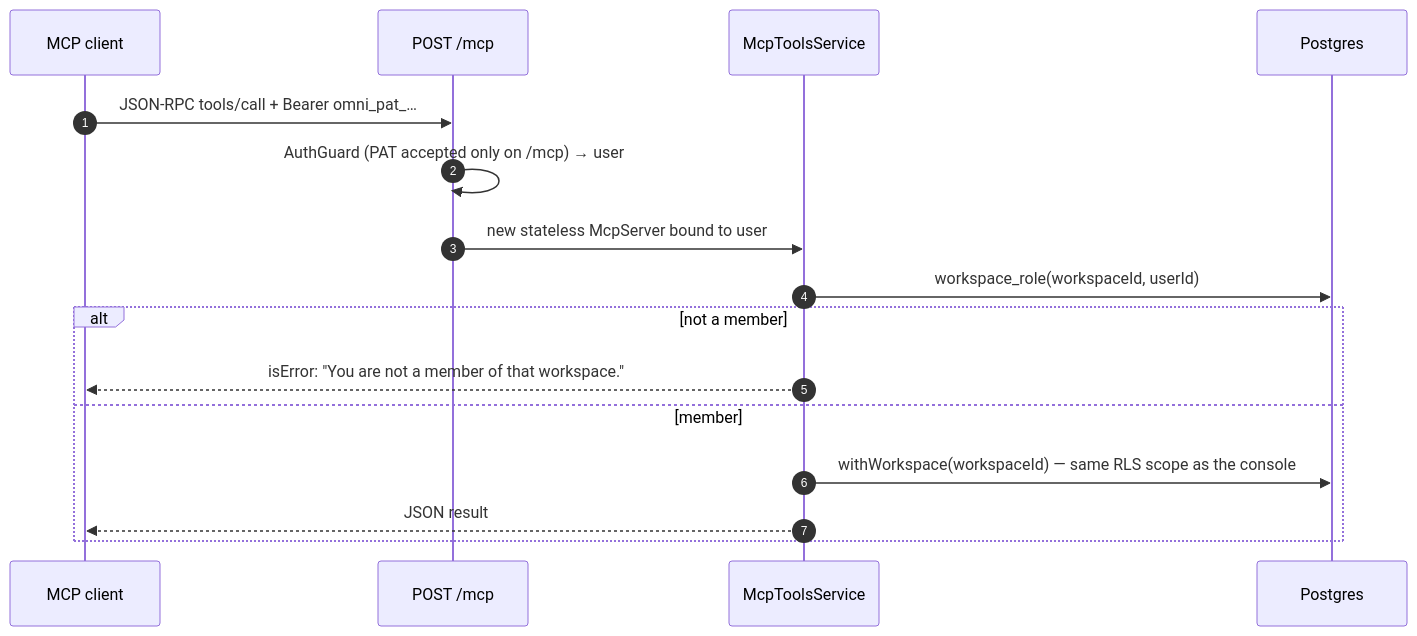
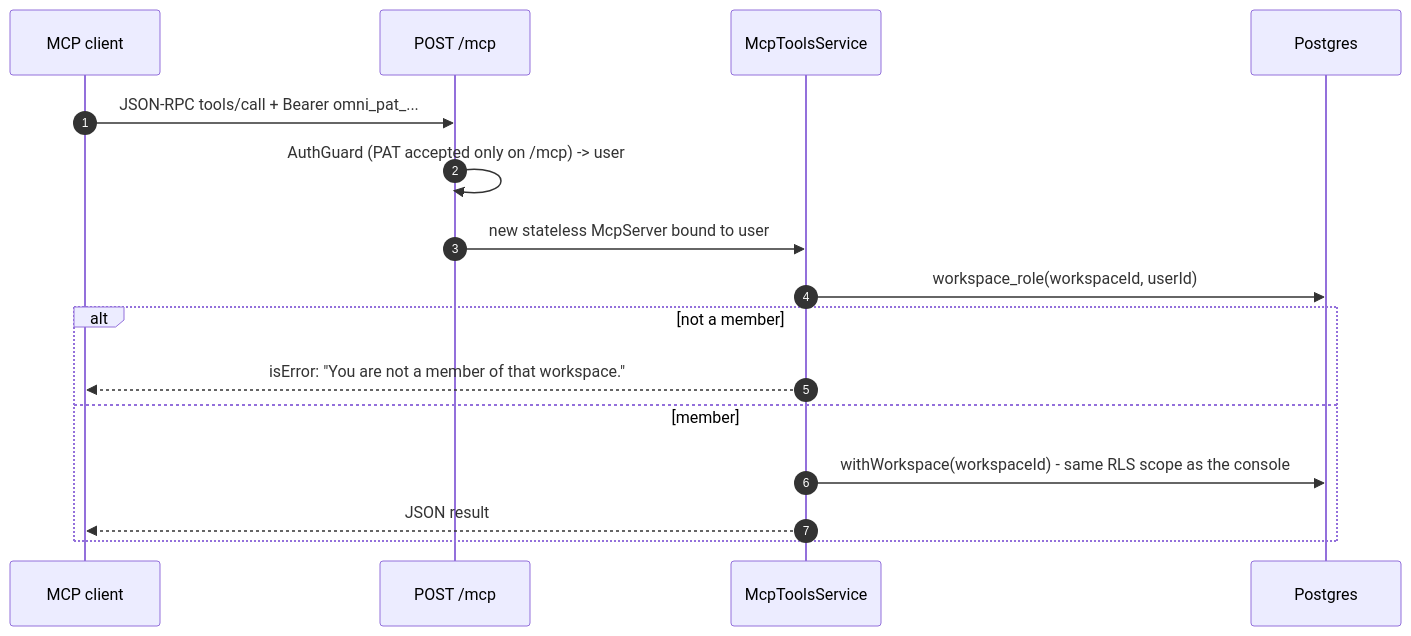
Before and after one commit to JawadulHadi/omni-io: diagram 13 of 14 in docs/gist/omni-io-architecture.md, drawn with Mermaid. The commit also changed other lines of this file, not shown here.

First line of the commit message:
docs(gist): make the architecture doc ASCII-only and drop the raw script tag

````diff
--- a/docs/gist/omni-io-architecture.md
+++ b/docs/gist/omni-io-architecture.md
@@ -552,19 +552,19 @@
 ```mermaid
 sequenceDiagram
   autonumber
   participant M as MCP client
   participant A as POST /mcp
   participant T as McpToolsService
   participant P as Postgres
 
-  M->>A: JSON-RPC tools/call + Bearer omni_pat_…
-  A->>A: AuthGuard (PAT accepted only on /mcp) → user
+  M->>A: JSON-RPC tools/call + Bearer omni_pat_...
+  A->>A: AuthGuard (PAT accepted only on /mcp) -> user
   A->>T: new stateless McpServer bound to user
   T->>P: workspace_role(workspaceId, userId)
   alt not a member
     T-->>M: isError: "You are not a member of that workspace."
   else member
-    T->>P: withWorkspace(workspaceId) — same RLS scope as the console
+    T->>P: withWorkspace(workspaceId) - same RLS scope as the console
     T-->>M: JSON result
   end
 ```
````
